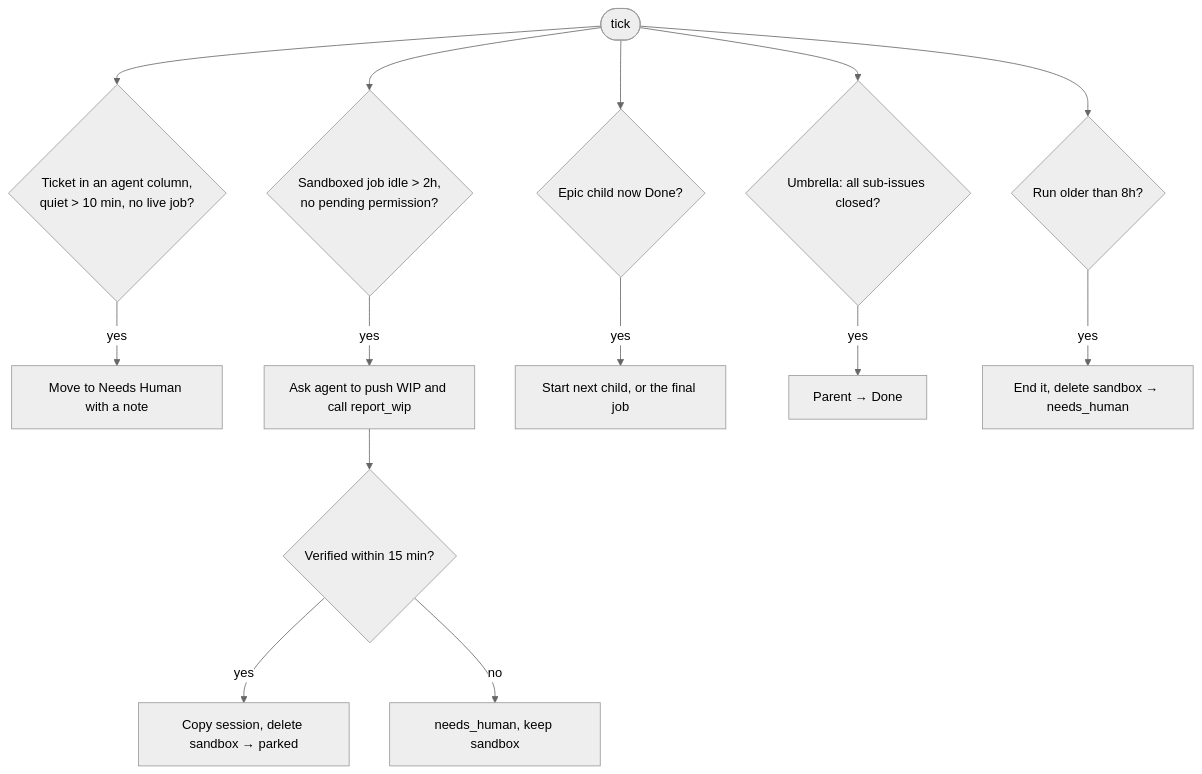
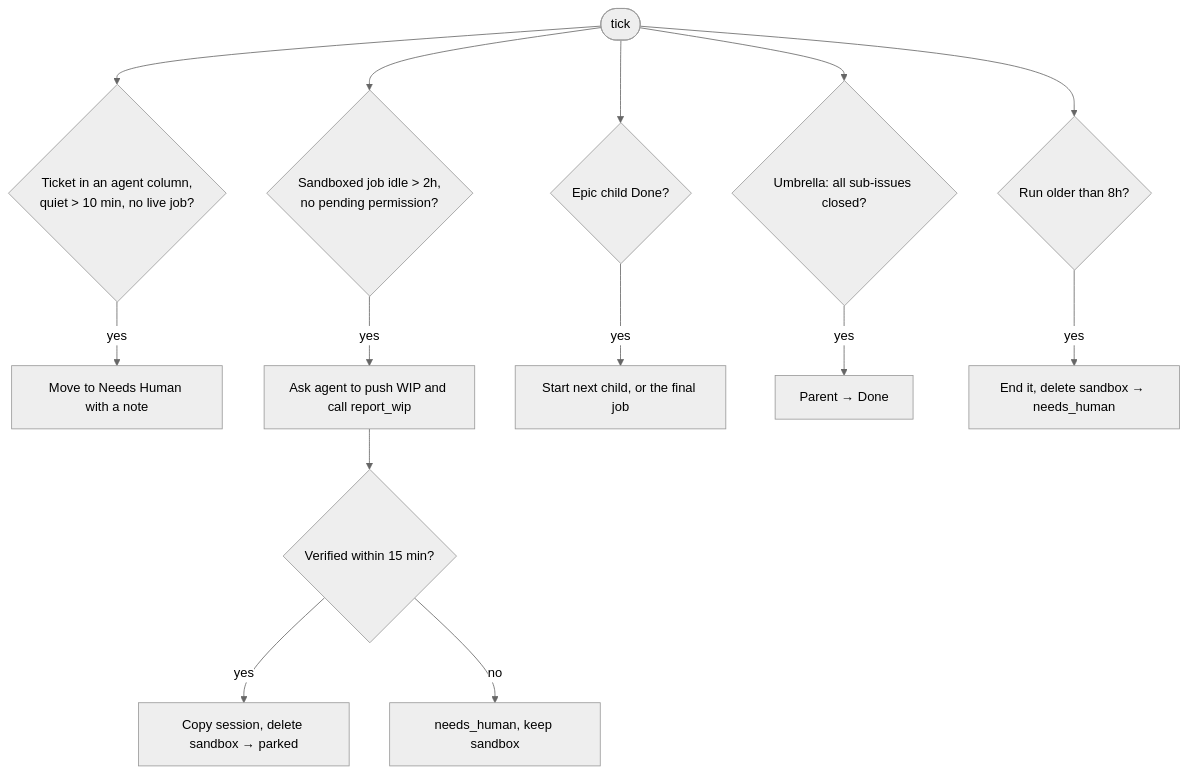
The second of 2 diagrams in docs/09-scheduled-work.md (alairock/agent-console-spec), drawn with Mermaid (neutral theme) before and after one commit. The commit also changed other lines of this file and 16 other files, not shown here.

````diff
--- a/docs/09-scheduled-work.md
+++ b/docs/09-scheduled-work.md
@@ -48,16 +50,16 @@
 ```mermaid
 flowchart TD
   T([tick]) --> A{Ticket in an agent column,<br/>quiet > 10 min, no live job?}
   A -->|yes| A1[Move to Needs Human with a note]
   T --> B{Sandboxed job idle > 2h,<br/>no pending permission?}
   B -->|yes| B1[Ask agent to push WIP and call report_wip]
   B1 --> B2{Verified within 15 min?}
   B2 -->|yes| B3[Copy session, delete sandbox → parked]
   B2 -->|no| B4[needs_human, keep sandbox]
-  T --> C{Epic child now Done?}
+  T --> C{Epic child Done?}
   C -->|yes| C1[Start next child, or the final job]
   T --> D{Umbrella: all sub-issues closed?}
   D -->|yes| D1[Parent → Done]
   T --> E{Run older than 8h?}
   E -->|yes| E1[End it, delete sandbox → needs_human]
 ```
````
